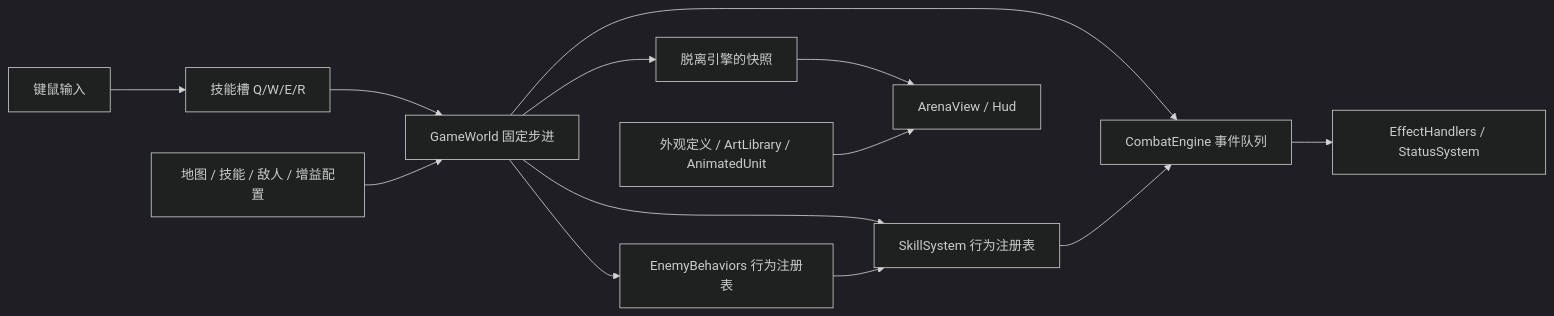
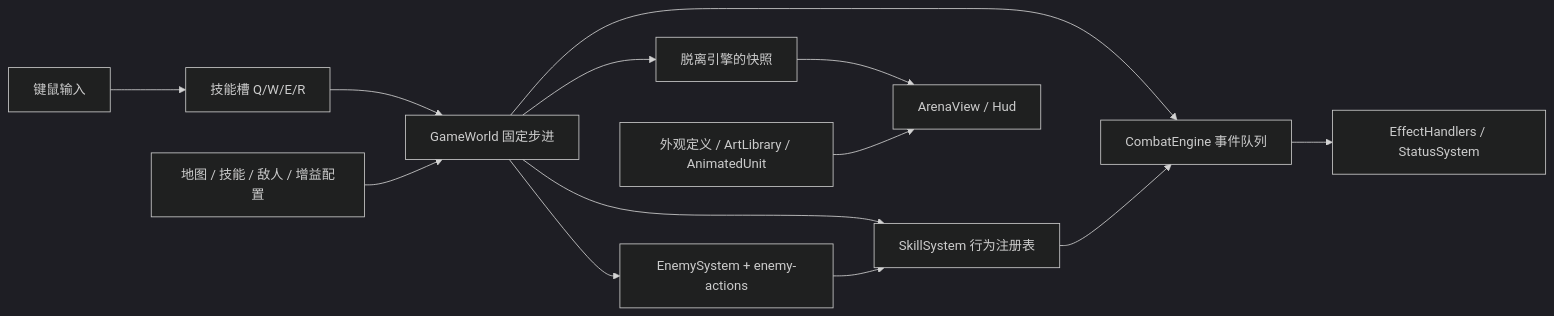
One commit to Amptyz/Odyssey changed the diagram in docs/CONTENT_ARCHITECTURE.md. Above: the diagram before and after it, drawn with Mermaid (dark theme). The commit also changed other lines of this file and 136 other files, not shown here.

````diff
--- a/docs/CONTENT_ARCHITECTURE.md
+++ b/docs/CONTENT_ARCHITECTURE.md
@@ -23,15 +25,15 @@
 ```mermaid
 flowchart LR
   Input[键鼠输入] --> Slots[技能槽 Q/W/E/R]
   Slots --> World[GameWorld 固定步进]
   Content[地图 / 技能 / 敌人 / 增益配置] --> World
   World --> Skills[SkillSystem 行为注册表]
-  World --> AI[EnemyBehaviors 行为注册表]
+  World --> AI[EnemySystem + enemy-actions]
   World --> Combat[CombatEngine 事件队列]
   Skills --> Combat
   AI --> Skills
   Combat --> Effects[EffectHandlers / StatusSystem]
   World --> Snapshot[脱离引擎的快照]
   Snapshot --> View[ArenaView / Hud]
   Visuals[外观定义 / ArtLibrary / AnimatedUnit] --> View
 ```
````
